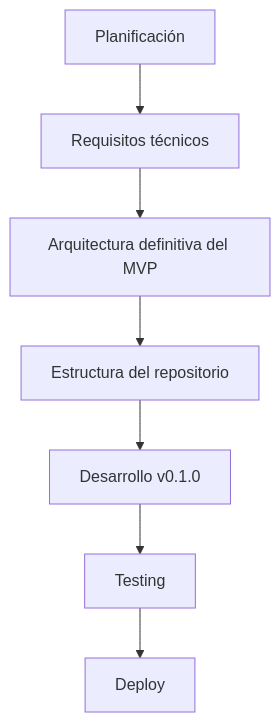
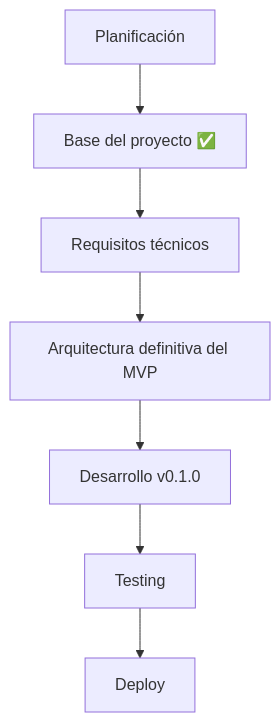
The diagram in docs/estado-actual.md (NetSent3301/ProjectLumina), drawn with Mermaid before and after one commit. The commit also changed other lines of this file and 23 other files, not shown here.

````diff
--- a/docs/estado-actual.md
+++ b/docs/estado-actual.md
@@ -17,9 +19,9 @@
 ```mermaid
 flowchart TD
-    A[Planificación] --> B[Requisitos técnicos]
-    B --> C[Arquitectura definitiva del MVP]
-    C --> D[Estructura del repositorio]
+    A[Planificación] --> B[Base del proyecto ✅]
+    B --> C[Requisitos técnicos]
+    C --> D[Arquitectura definitiva del MVP]
     D --> E[Desarrollo v0.1.0]
     E --> F[Testing]
     F --> G[Deploy]
 ```
````
